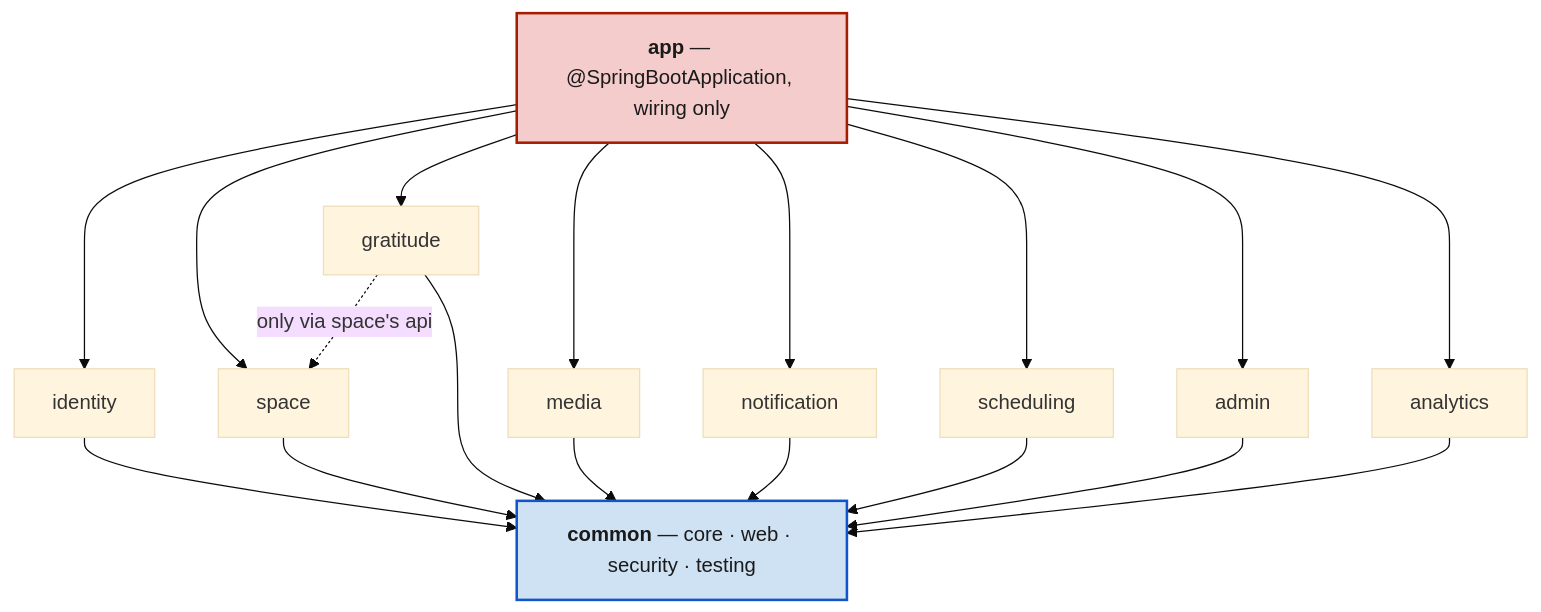
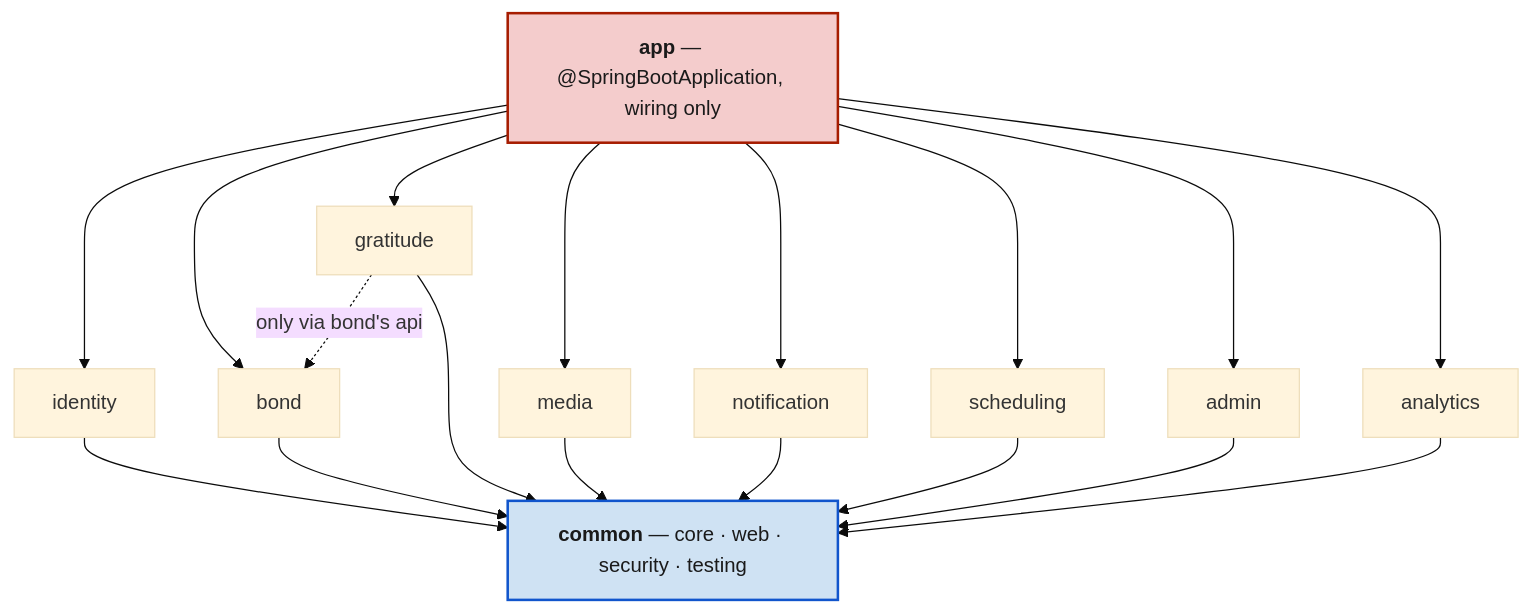
The first of 2 diagrams in README.md (Ayodeji97/moyi-backend), drawn with Mermaid (base theme) before and after one commit. The commit also changed other lines of this file and 10 other files, not shown here.

First line of the commit message:
refactor(bond): rename the Space aggregate to Bond (#12)

````diff
--- a/README.md
+++ b/README.md
@@ -87,28 +87,28 @@
 ```mermaid
 flowchart TD
     app["<b>app</b> — @SpringBootApplication, wiring only"]
 
     identity["identity"]
-    space["space"]
+    bond["bond"]
     gratitude["gratitude"]
     media["media"]
     notification["notification"]
     scheduling["scheduling"]
     admin["admin"]
     analytics["analytics"]
 
     common["<b>common</b> — core · web · security · testing"]
 
-    app --> identity & space & gratitude & media
+    app --> identity & bond & gratitude & media
     app --> notification & scheduling & admin & analytics
 
-    identity & space & gratitude & media --> common
+    identity & bond & gratitude & media --> common
     notification & scheduling & admin & analytics --> common
 
-    gratitude -. "only via space's api" .-> space
+    gratitude -. "only via bond's api" .-> bond
 
     classDef wiring fill:#f4cccc,stroke:#a61c00,stroke-width:2px,color:#1a1a1a
     classDef shared fill:#cfe2f3,stroke:#1155cc,stroke-width:2px,color:#1a1a1a
     class app wiring
     class common shared
 ```
````
